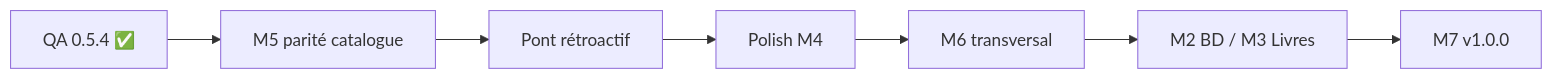
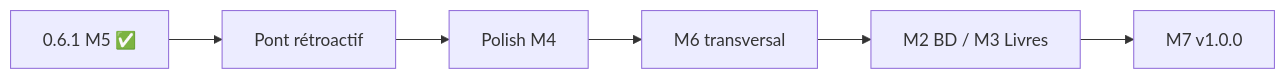
The first of 2 diagrams in ROADMAP.md (daryl40000/mediatheque), drawn with Mermaid before and after one commit. The commit also changed other lines of this file and 22 other files, not shown here.

````diff
--- a/ROADMAP.md
+++ b/ROADMAP.md
@@ -109,9 +110,8 @@
 ```mermaid
 flowchart LR
-  A[QA 0.5.4 ✅] --> B[M5 parité catalogue]
-  B --> C[Pont rétroactif]
-  C --> D[Polish M4]
-  D --> E[M6 transversal]
-  E --> F[M2 BD / M3 Livres]
-  F --> G[M7 v1.0.0]
+  A[0.6.1 M5 ✅] --> B[Pont rétroactif]
+  B --> C[Polish M4]
+  C --> D[M6 transversal]
+  D --> E[M2 BD / M3 Livres]
+  E --> F[M7 v1.0.0]
 ```
````
